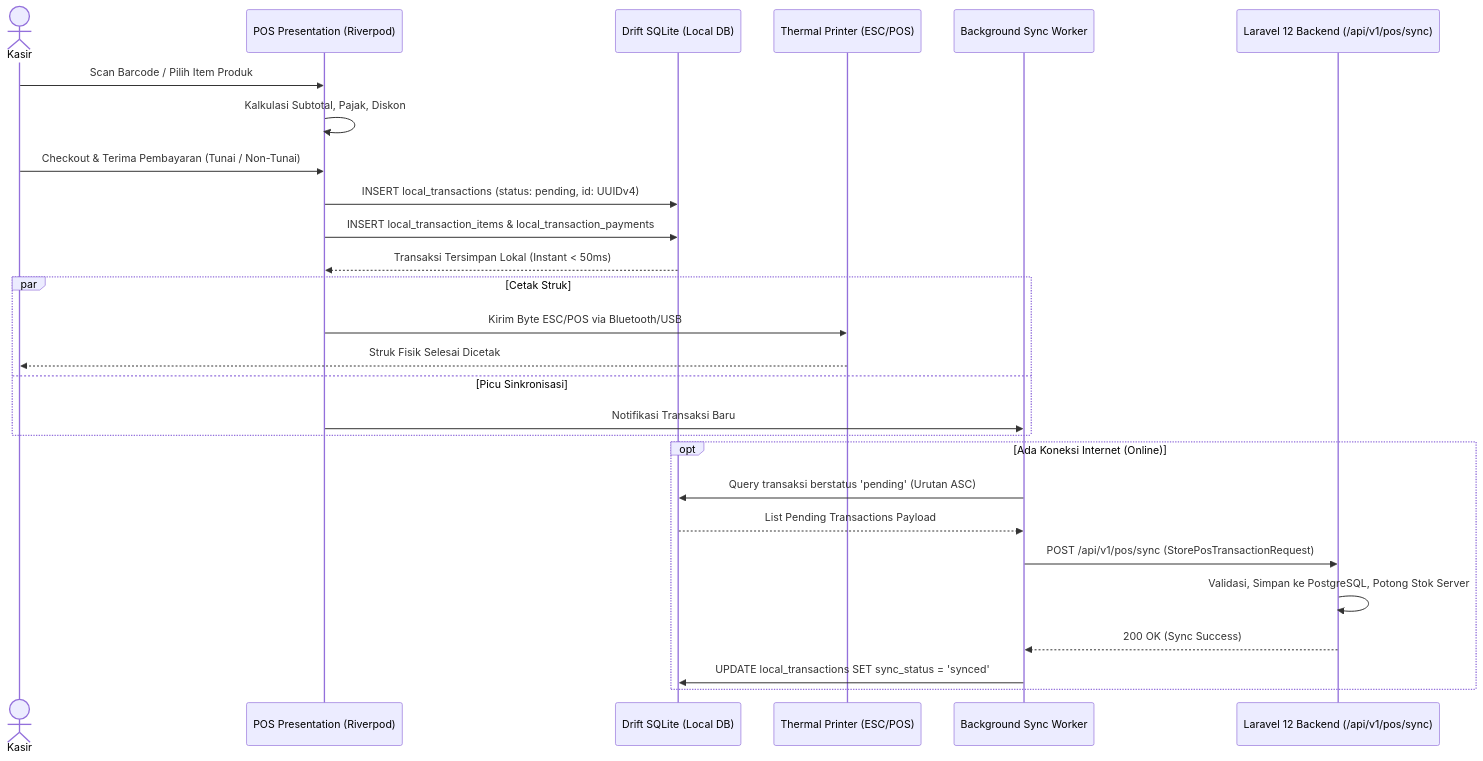
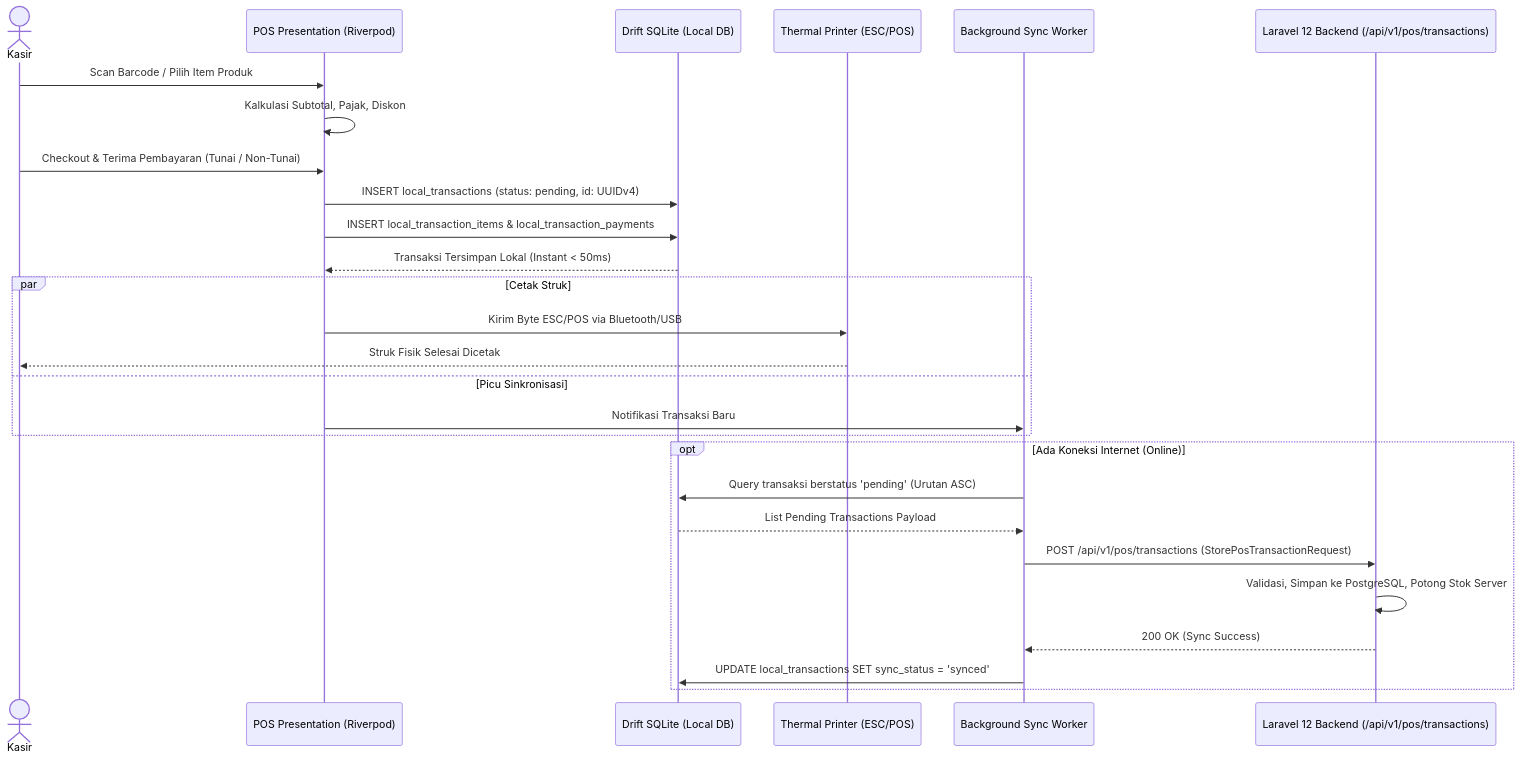
The third of 6 diagrams in prd/PRD Transaksi - Channel POS V1.md (whykrr/sollu-app), drawn with Mermaid before and after one commit. The commit also changed other lines of this file and 7 other files, not shown here.

````diff
--- a/prd/PRD Transaksi - Channel POS V1.md
+++ b/prd/PRD Transaksi - Channel POS V1.md
@@ -172,33 +215,33 @@
 ```mermaid
 sequenceDiagram
     actor Cashier as Kasir
     participant UI as POS Presentation (Riverpod)
     participant LocalDB as Drift SQLite (Local DB)
     participant Printer as Thermal Printer (ESC/POS)
     participant Worker as Background Sync Worker
-    participant API as Laravel 12 Backend (/api/v1/pos/sync)
+    participant API as Laravel 12 Backend (/api/v1/pos/transactions)
 
     Cashier->>UI: Scan Barcode / Pilih Item Produk
     UI->>UI: Kalkulasi Subtotal, Pajak, Diskon
     Cashier->>UI: Checkout & Terima Pembayaran (Tunai / Non-Tunai)
     
     UI->>LocalDB: INSERT local_transactions (status: pending, id: UUIDv4)
     UI->>LocalDB: INSERT local_transaction_items & local_transaction_payments
     LocalDB-->>UI: Transaksi Tersimpan Lokal (Instant < 50ms)
     
     par Cetak Struk
         UI->>Printer: Kirim Byte ESC/POS via Bluetooth/USB
         Printer-->>Cashier: Struk Fisik Selesai Dicetak
     and Picu Sinkronisasi
         UI->>Worker: Notifikasi Transaksi Baru
     end
 
     opt Ada Koneksi Internet (Online)
         Worker->>LocalDB: Query transaksi berstatus 'pending' (Urutan ASC)
         LocalDB-->>Worker: List Pending Transactions Payload
-        Worker->>API: POST /api/v1/pos/sync (StorePosTransactionRequest)
+        Worker->>API: POST /api/v1/pos/transactions (StorePosTransactionRequest)
         API->>API: Validasi, Simpan ke PostgreSQL, Potong Stok Server
         API-->>Worker: 200 OK (Sync Success)
         Worker->>LocalDB: UPDATE local_transactions SET sync_status = 'synced'
     end
 ```
````
